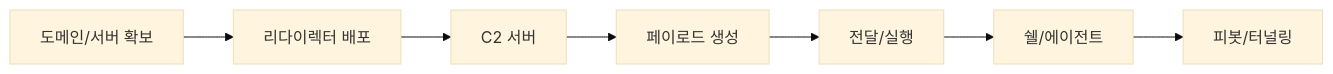
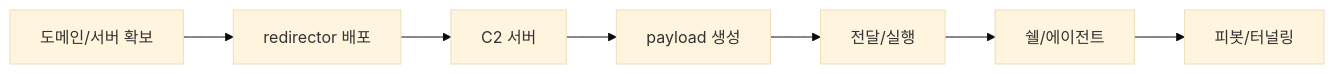
Before and after one commit to STEALIEN-RED/docs-redteam-cheatsheet: the diagram in docs/infra/index.md, drawn with Mermaid (base theme). The commit also changed other lines of this file and 69 other files, not shown here.

````diff
--- a/docs/infra/index.md
+++ b/docs/infra/index.md
@@ -20,9 +20,9 @@
 ```mermaid
 graph LR
-    A[도메인/서버 확보] --> B[리다이렉터 배포]
+    A[도메인/서버 확보] --> B[redirector 배포]
     B --> C[C2 서버]
-    C --> D[페이로드 생성]
+    C --> D[payload 생성]
     D --> E[전달/실행]
     E --> F[쉘/에이전트]
     F --> G[피봇/터널링]
 ```
````
